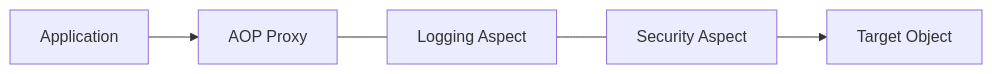
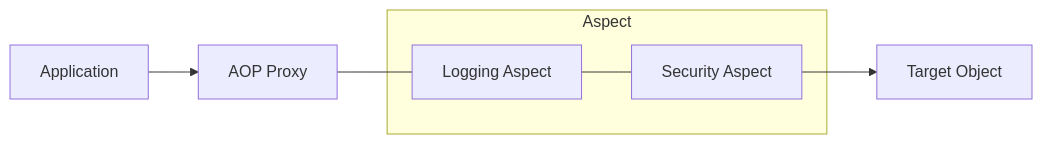
Before and after one commit to csupreme19/csupreme19.github.io: the seventh of 13 diagrams in _posts/2021-12-03-spring-framework.md, drawn with Mermaid. The commit also changed other lines of this file and 147 other files, not shown here.

```diff
--- a/_posts/2021-12-03-spring-framework.md
+++ b/_posts/2021-12-03-spring-framework.md
@@ -776,9 +863,11 @@
 <div class="mermaid">
   flowchart LR
     A[Application]
     B[AOP Proxy]
+  	subgraph Aspect
     C[Logging Aspect]
     D[Security Aspect]
+  	end
     E[Target Object]
     A-->B---C---D-->E
 </div>
```
